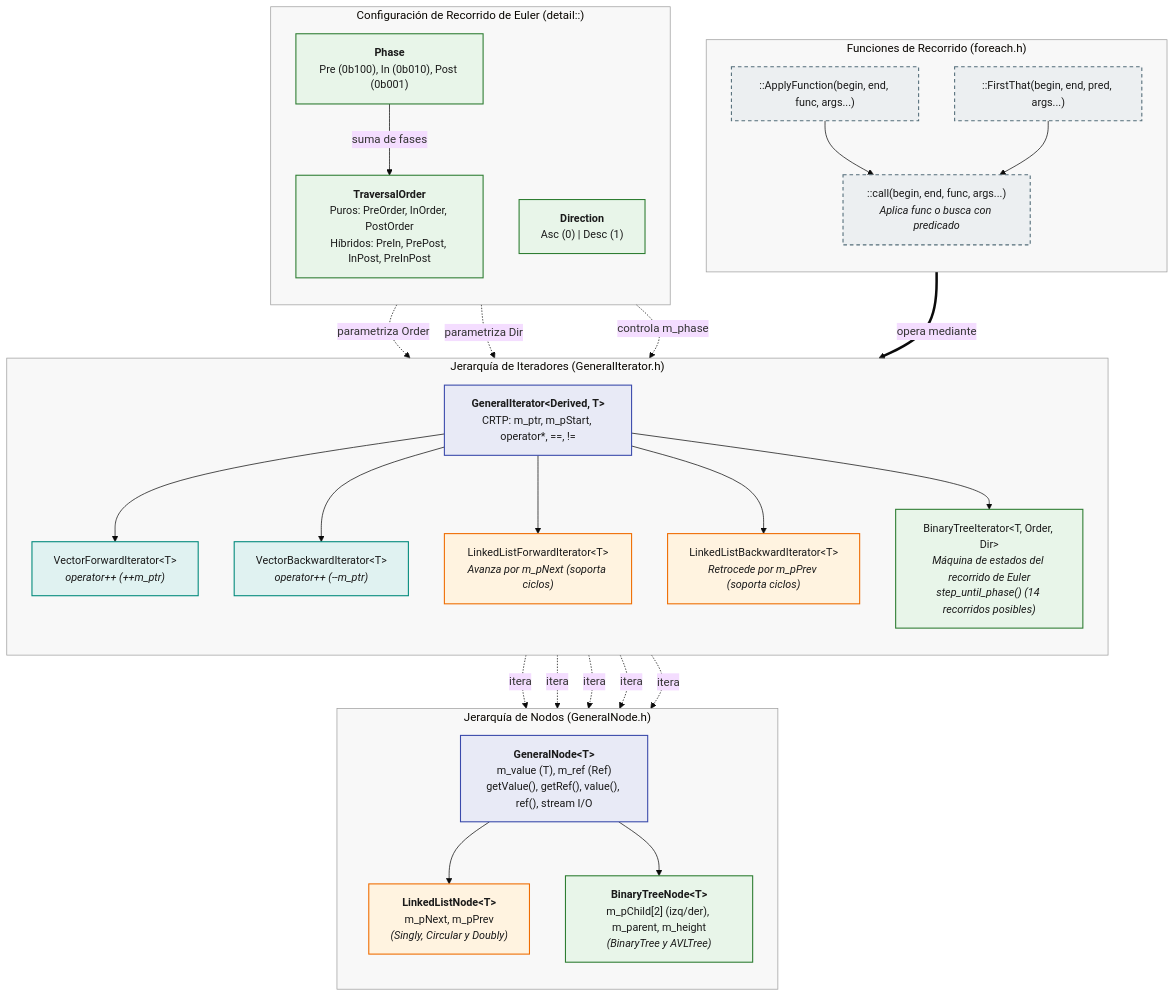
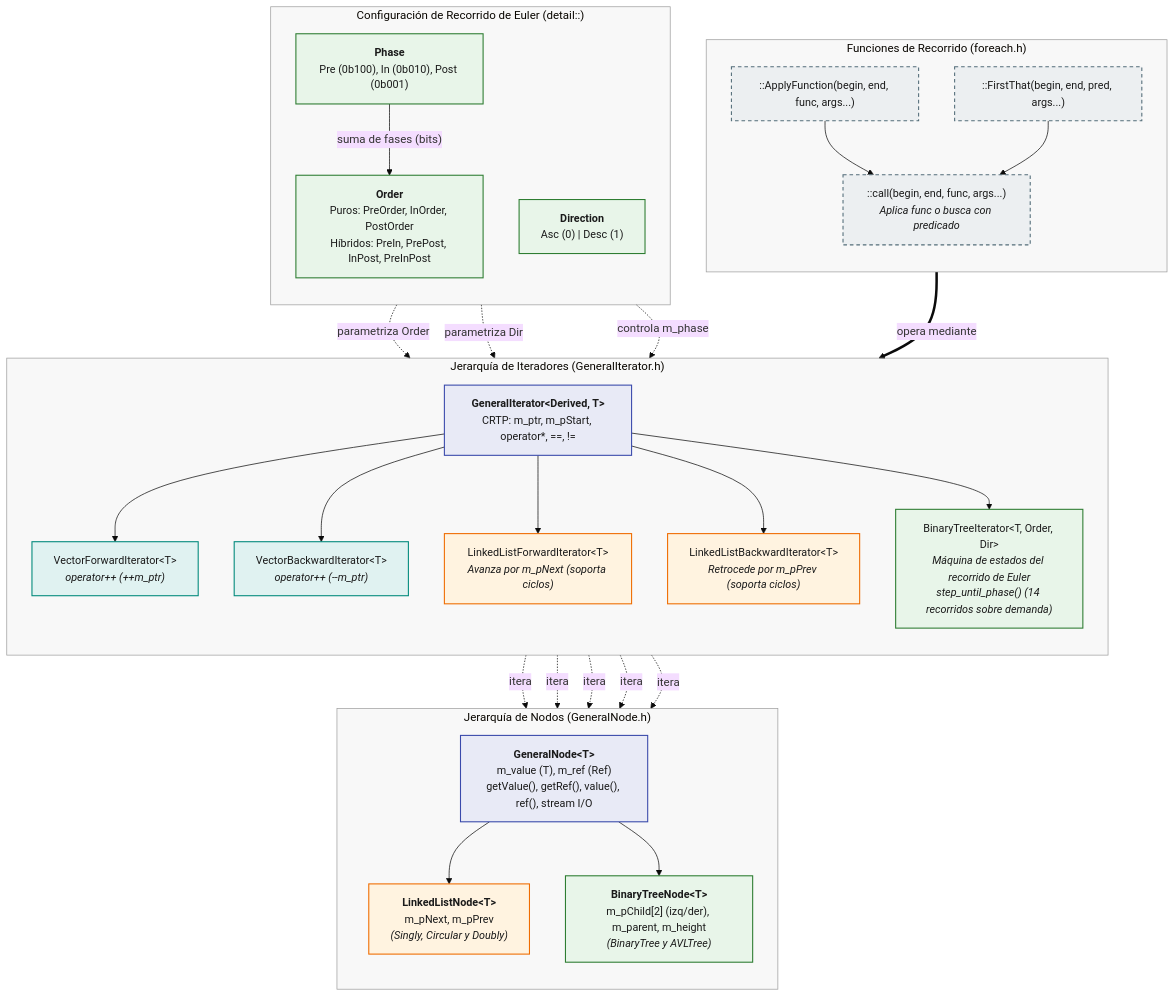
The third of 6 diagrams in README.md (AldoLunaBueno/2026-II-CS-UNI-CC0E5-AEDAv), drawn with Mermaid (base theme) before and after one commit. The commit also changed other lines of this file and 2 other files, not shown here.

````diff
--- a/README.md
+++ b/README.md
@@ -116,78 +143,78 @@
 ```mermaid
 flowchart TB
     subgraph ALGO["Funciones de Recorrido (foreach.h)"]
         direction TB
         CALL["::call(begin, end, func, args...)<br/><i>Aplica func o busca con predicado</i>"]
         APP_FN["::ApplyFunction(begin, end, func, args...)"]
         FIRST["::FirstThat(begin, end, pred, args...)"]
         
         APP_FN --> CALL
         FIRST --> CALL
     end
 
     subgraph ENUMS["Configuración de Recorrido de Euler (detail::)"]
         direction TB
         PH["<b>Phase</b><br/>Pre (0b100), In (0b010), Post (0b001)"]
-        TO["<b>TraversalOrder</b><br/>Puros: PreOrder, InOrder, PostOrder<br/>Híbridos: PreIn, PrePost, InPost, PreInPost"]
+        ORD["<b>Order</b><br/>Puros: PreOrder, InOrder, PostOrder<br/>Híbridos: PreIn, PrePost, InPost, PreInPost"]
         DIR["<b>Direction</b><br/>Asc (0) | Desc (1)"]
-        PH -->|"suma de fases"| TO
+        PH -->|"suma de fases (bits)"| ORD
     end
 
     subgraph ITER["Jerarquía de Iteradores (GeneralIterator.h)"]
         direction TB
         GI["<b>GeneralIterator#lt;Derived, T#gt;</b><br/>CRTP: m_ptr, m_pStart, operator*, ==, !="]
         
         VFI["VectorForwardIterator#lt;T#gt;<br/><i>operator++ (++m_ptr)</i>"]
         VBI["VectorBackwardIterator#lt;T#gt;<br/><i>operator++ (--m_ptr)</i>"]
         
         LLFI["LinkedListForwardIterator#lt;T#gt;<br/><i>Avanza por m_pNext (soporta ciclos)</i>"]
         LLBI["LinkedListBackwardIterator#lt;T#gt;<br/><i>Retrocede por m_pPrev (soporta ciclos)</i>"]
         
-        BTI["BinaryTreeIterator#lt;T, Order, Dir#gt;<br/><i>Máquina de estados del recorrido de Euler<br/>step_until_phase() (14 recorridos posibles)</i>"]
+        BTI["BinaryTreeIterator#lt;T, Order, Dir#gt;<br/><i>Máquina de estados del recorrido de Euler<br/>step_until_phase() (14 recorridos sobre demanda)</i>"]
 
         GI --> VFI
         GI --> VBI
         GI --> LLFI
         GI --> LLBI
         GI --> BTI
     end
 
     subgraph NODOS["Jerarquía de Nodos (GeneralNode.h)"]
         direction TB
         GN["<b>GeneralNode#lt;T#gt;</b><br/>m_value (T), m_ref (Ref)<br/>getValue(), getRef(), value(), ref(), stream I/O"]
         
         LLN["<b>LinkedListNode#lt;T#gt;</b><br/>m_pNext, m_pPrev<br/><i>(Singly, Circular y Doubly)</i>"]
         
         BTN["<b>BinaryTreeNode#lt;T#gt;</b><br/>m_pChild[2] (izq/der), m_parent, m_height<br/><i>(BinaryTree y AVLTree)</i>"]
 
         GN --> LLN
         GN --> BTN
     end
 
     CALL ==>|"opera mediante"| GI
-    TO -. "parametriza Order" .-> BTI
+    ORD -. "parametriza Order" .-> BTI
     DIR -. "parametriza Dir" .-> BTI
     PH -. "controla m_phase" .-> BTI
     VFI -. "itera" .-> GN
     VBI -. "itera" .-> GN
     LLFI -. "itera" .-> LLN
     LLBI -. "itera" .-> LLN
     BTI -. "itera" .-> BTN
 
     classDef base fill:#E8EAF6,stroke:#3949AB,color:#1A1A1A,stroke-width:1.5px,font-size:15px;
     classDef vec fill:#E0F2F1,stroke:#00897B,color:#1A1A1A,stroke-width:1.5px,font-size:15px;
     classDef lista fill:#FFF3E0,stroke:#EF6C00,color:#1A1A1A,stroke-width:1.5px,font-size:15px;
     classDef arbol fill:#E8F5E9,stroke:#2E7D32,color:#1A1A1A,stroke-width:1.5px,font-size:15px;
     classDef libre fill:#ECEFF1,stroke:#546E7A,stroke-dasharray:5 4,color:#1A1A1A,stroke-width:1.5px,font-size:15px;
 
     class GI,GN base
     class VFI,VBI vec
     class LLFI,LLBI,LLN lista
-    class BTI,BTN,PH,TO,DIR arbol
+    class BTI,BTN,PH,ORD,DIR arbol
     class CALL,APP_FN,FIRST libre
 
     style ALGO fill:#8080800F,stroke:#9E9E9E,stroke-width:1px
     style ENUMS fill:#8080800F,stroke:#9E9E9E,stroke-width:1px
     style ITER fill:#8080800F,stroke:#9E9E9E,stroke-width:1px
     style NODOS fill:#8080800F,stroke:#9E9E9E,stroke-width:1px
 ```
````
